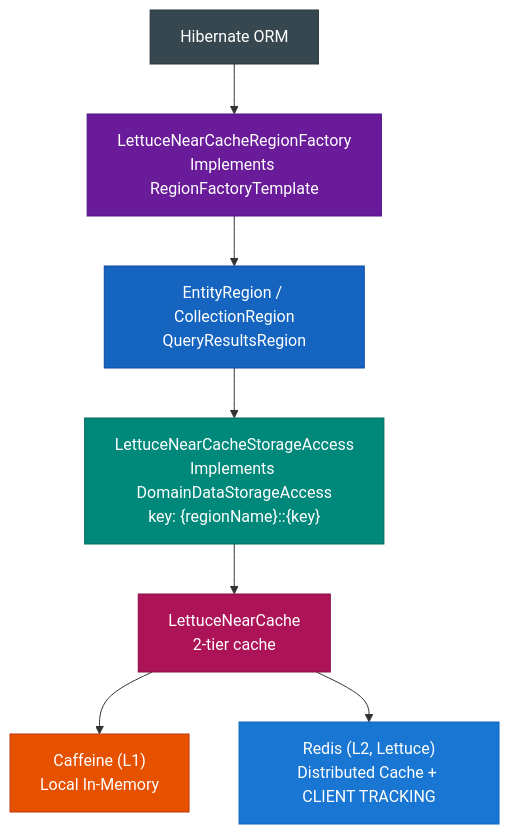
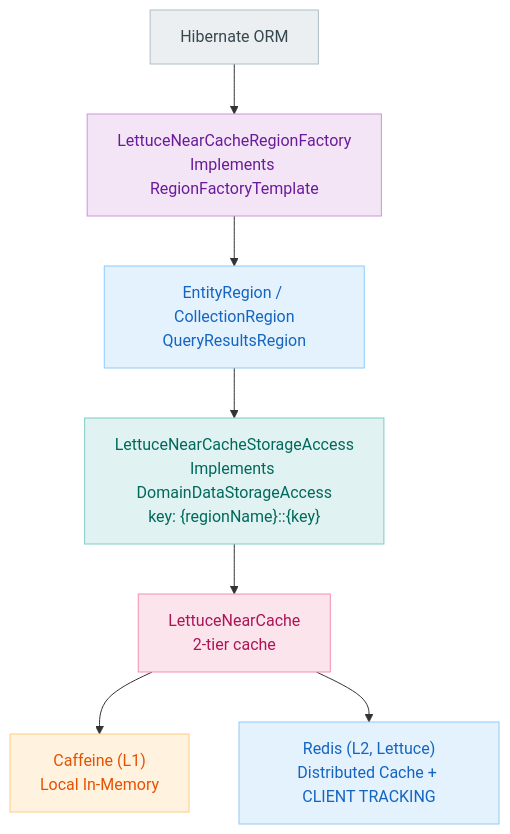
Before and after one commit to bluetape4k/bluetape4k-projects: the second of 3 diagrams in data/hibernate-cache-lettuce/README.md, drawn with Mermaid. The commit also changed other lines of this file and 219 other files, not shown here.

First line of the commit message:
docs: 전체 README Mermaid 다이어그램 가이드 적용

````diff
--- a/data/hibernate-cache-lettuce/README.md
+++ b/data/hibernate-cache-lettuce/README.md
@@ -41,33 +41,33 @@
 ```mermaid
 flowchart TD
     Hibernate["Hibernate ORM"]
     Factory["LettuceNearCacheRegionFactory<br/>Implements RegionFactoryTemplate"]
     Region["EntityRegion / CollectionRegion<br/>QueryResultsRegion"]
     Storage["LettuceNearCacheStorageAccess<br/>Implements DomainDataStorageAccess<br/>key: {regionName}::{key}"]
     NearCache["LettuceNearCache<br/>2-tier cache"]
     L1["Caffeine (L1)<br/>Local In-Memory"]
     L2["Redis (L2, Lettuce)<br/>Distributed Cache + CLIENT TRACKING"]
 
     Hibernate --> Factory
     Factory --> Region
     Region --> Storage
     Storage --> NearCache
     NearCache --> L1
     NearCache --> L2
 
-    classDef hibernateStyle fill:#37474F,stroke:#263238,color:#FFFFFF
-    classDef factoryStyle fill:#6A1B9A,stroke:#4A148C,color:#FFFFFF
-    classDef regionStyle fill:#1565C0,stroke:#0D47A1,color:#FFFFFF
-    classDef storageStyle fill:#00897B,stroke:#00695C,color:#FFFFFF
-    classDef cacheStyle fill:#AD1457,stroke:#880E4F,color:#FFFFFF
-    classDef l1Style fill:#E65100,stroke:#BF360C,color:#FFFFFF
-    classDef l2Style fill:#1976D2,stroke:#1565C0,color:#FFFFFF
+    classDef hibernateStyle fill:#ECEFF1,stroke:#B0BEC5,color:#37474F
+    classDef factoryStyle fill:#F3E5F5,stroke:#CE93D8,color:#6A1B9A
+    classDef regionStyle fill:#E3F2FD,stroke:#90CAF9,color:#1565C0
+    classDef storageStyle fill:#E0F2F1,stroke:#80CBC4,color:#00695C
+    classDef cacheStyle fill:#FCE4EC,stroke:#F48FB1,color:#AD1457
+    classDef l1Style fill:#FFF3E0,stroke:#FFCC80,color:#E65100
+    classDef l2Style fill:#E3F2FD,stroke:#90CAF9,color:#1565C0
 
     class Hibernate hibernateStyle
     class Factory factoryStyle
     class Region regionStyle
     class Storage storageStyle
     class NearCache cacheStyle
     class L1 l1Style
     class L2 l2Style
 ```
````
